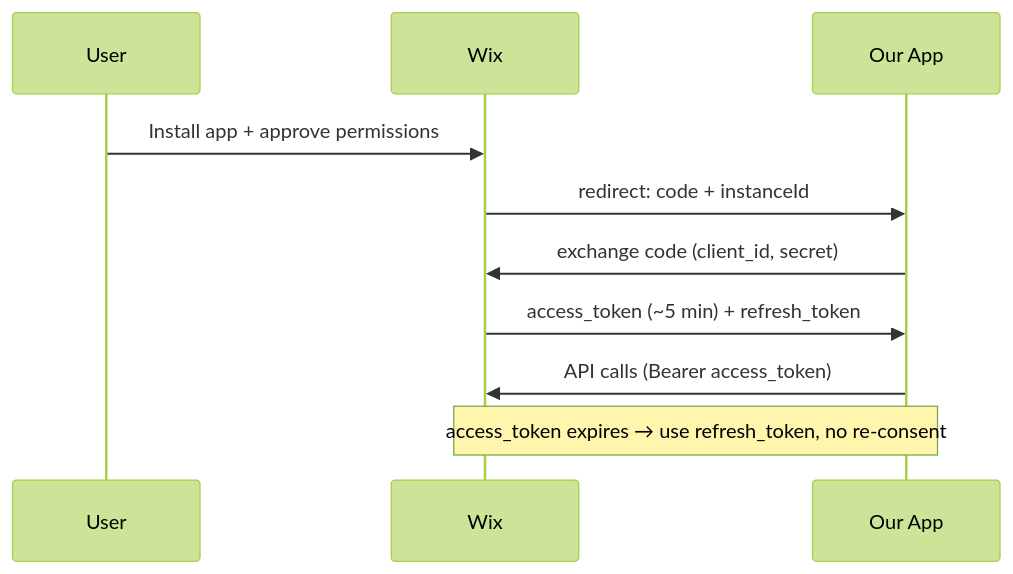
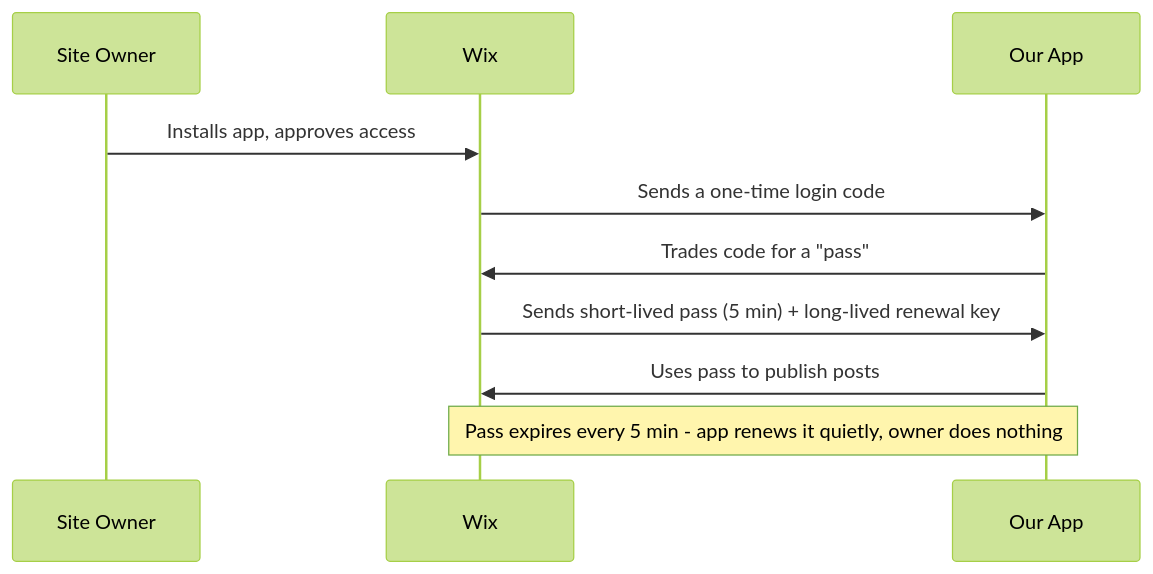
The first of 2 diagrams in docs/wix-blog-publish-guide.md (Frontend-Falcon/wix-demo), drawn with Mermaid (forest theme) before and after one commit. The commit also changed other lines of this file, not shown here.

````diff
--- a/docs/wix-blog-publish-guide.md
+++ b/docs/wix-blog-publish-guide.md
@@ -11,12 +11,12 @@
 ```mermaid
 sequenceDiagram
-    participant U as User
+    participant U as Site Owner
     participant W as Wix
     participant A as Our App
-    U->>W: Install app + approve permissions
-    W->>A: redirect: code + instanceId
-    A->>W: exchange code (client_id, secret)
-    W->>A: access_token (~5 min) + refresh_token
-    A->>W: API calls (Bearer access_token)
-    Note over A,W: access_token expires → use refresh_token, no re-consent
+    U->>W: Installs app, approves access
+    W->>A: Sends a one-time login code
+    A->>W: Trades code for a "pass"
+    W->>A: Sends short-lived pass (5 min) + long-lived renewal key
+    A->>W: Uses pass to publish posts
+    Note over A,W: Pass expires every 5 min - app renews it quietly, owner does nothing
 ```
````
